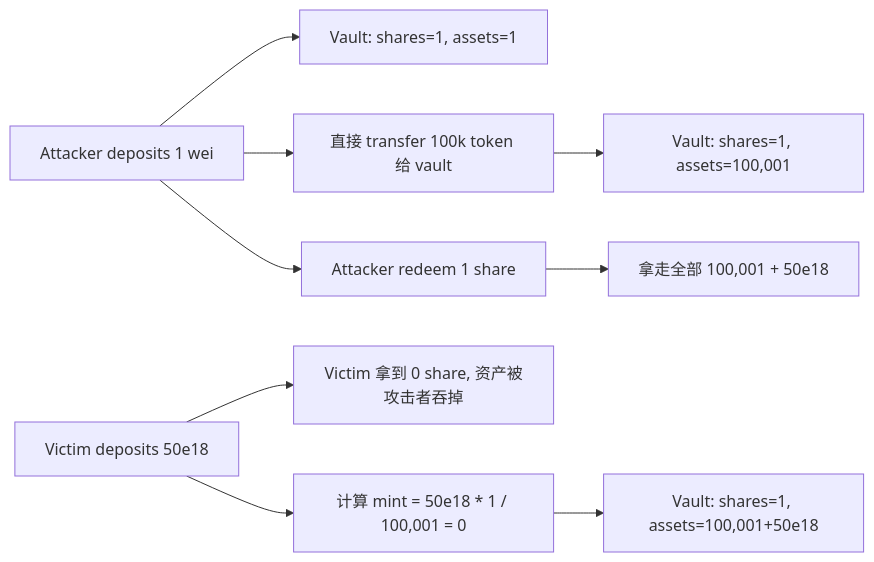
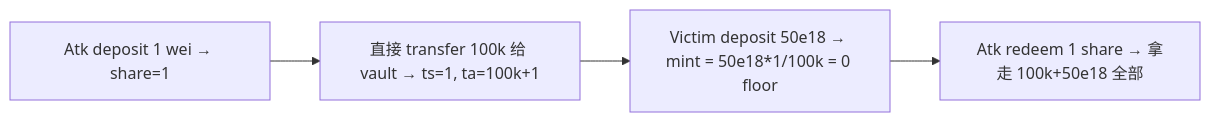
Before and after one commit to ChuwuYo/misc-files: the sixth of 12 diagrams in web3-engineer-guide/05-智能合约安全/README.md, drawn with Mermaid. The commit also changed other lines of this file and 690 other files, not shown here.

````diff
--- a/web3-engineer-guide/05-智能合约安全/README.md
+++ b/web3-engineer-guide/05-智能合约安全/README.md
@@ -973,11 +507,6 @@
 ```mermaid
 flowchart LR
-    Atk[Attacker deposits 1 wei] --> S1[Vault: shares=1, assets=1]
-    Atk --> Donate[直接 transfer 100k token 给 vault]
-    Donate --> S2[Vault: shares=1, assets=100,001]
-    Vic[Victim deposits 50e18] --> Calc[计算 mint = 50e18 * 1 / 100,001 = 0]
-    Calc --> S3[Vault: shares=1, assets=100,001+50e18]
-    Vic --> Loss[Victim 拿到 0 share, 资产被攻击者吞掉]
-    Atk --> Redeem[Attacker redeem 1 share]
-    Redeem --> Out[拿走全部 100,001 + 50e18]
+    A1[Atk deposit 1 wei → share=1] --> A2[直接 transfer 100k 给 vault → ts=1, ta=100k+1]
+    A2 --> V1[Victim deposit 50e18 → mint = 50e18*1/100k = 0 floor]
+    V1 --> A3[Atk redeem 1 share → 拿走 100k+50e18 全部]
 ```
````
